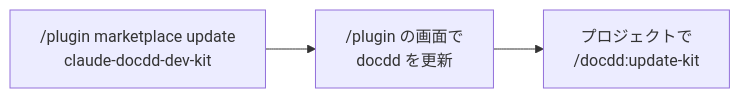
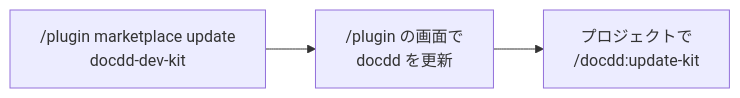
The fifth of 5 diagrams in plugins/docdd/README.md (no1013kota/claude-docdd-dev-kit), drawn with Mermaid before and after one commit. The commit also changed other lines of this file and 19 other files, not shown here.

First line of the commit message:
chore: 配布元の名前を docdd-dev-kit に変える（v0.15.0）

````diff
--- a/plugins/docdd/README.md
+++ b/plugins/docdd/README.md
@@ -366,4 +366,4 @@
 ```mermaid
 flowchart LR
-  A["/plugin marketplace update<br/>claude-docdd-dev-kit"] --> B["/plugin の画面で<br/>docdd を更新"] --> C["プロジェクトで<br/>/docdd:update-kit"]
+  A["/plugin marketplace update<br/>docdd-dev-kit"] --> B["/plugin の画面で<br/>docdd を更新"] --> C["プロジェクトで<br/>/docdd:update-kit"]
 ```
````
